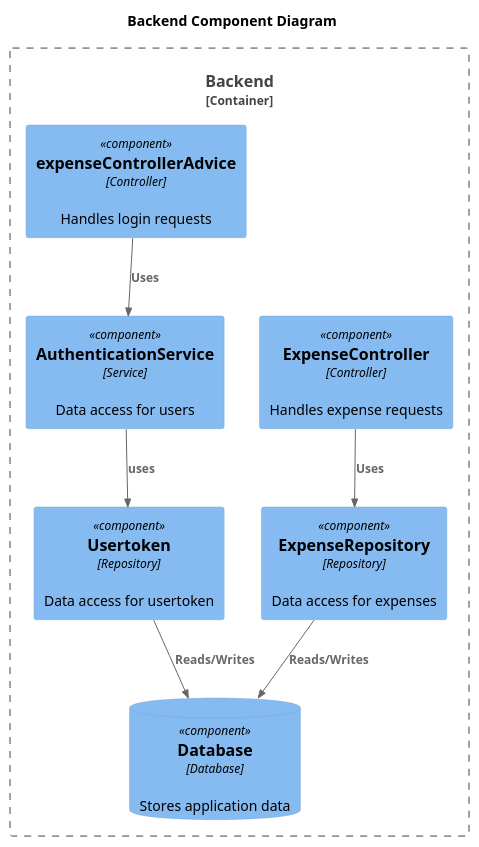
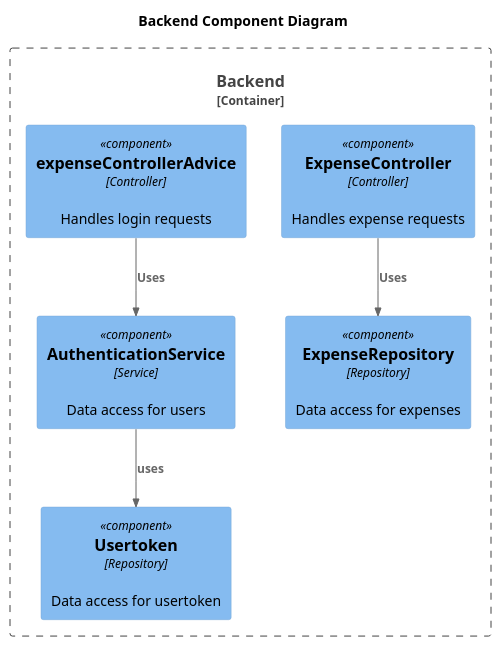
The diagram in Week2/Les1/Sacha/Component-diagram-Sacha.puml (AIM-ENE-feb25/triptop-inshallahboys), drawn with PlantUML before and after one commit.

Commit message:
Component-diagram-Sacha.puml

```diff
--- a/Week2/Les1/Sacha/Component-diagram-Sacha.puml
+++ b/Week2/Les1/Sacha/Component-diagram-Sacha.puml
@@ -1,21 +1,17 @@
 @startuml
 !include https://raw.githubusercontent.com/plantuml-stdlib/C4-PlantUML/master/C4_Component.puml
 
 title Backend Component Diagram
 
 Container_Boundary(c1, "Backend") {
     Component(expenseController, "ExpenseController", "Controller", "Handles expense requests")
     Component(expenseControllerAdvice, "expenseControllerAdvice", "Controller", "Handles login requests")
     Component(expenseRepository, "ExpenseRepository", "Repository", "Data access for expenses")
     Component(AuthenticationService, "AuthenticationService", "Service", "Data access for users")
-    ComponentDb(database, "Database", "Database", "Stores application data")
     Component(Usertoken, "Usertoken", "Repository", "Data access for usertoken")
 }
 
 Rel(expenseController, expenseRepository, "Uses")
 Rel("expenseControllerAdvice", "AuthenticationService", "Uses")
-Rel(expenseRepository, database, "Reads/Writes")
 Rel("AuthenticationService", "Usertoken", "uses")
-Rel("Usertoken", "database", "Reads/Writes")
-
 @enduml
```
